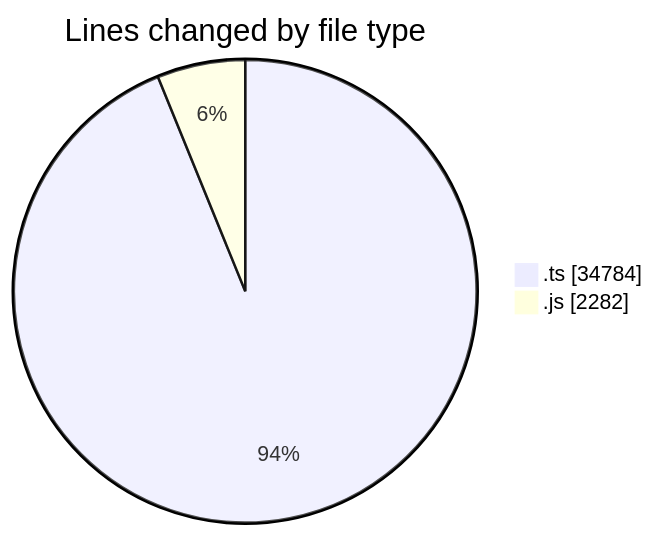
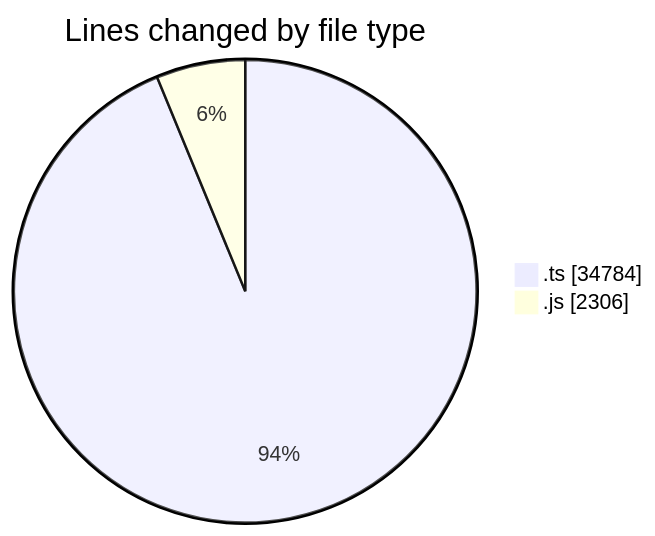
One commit to momahboobian/code-tracking changed the first of 2 diagrams in 2025-06-26/cda/README.md. Above: the diagram before and after it, drawn with Mermaid. The commit also changed other lines of this file and 1 other file, not shown here.

````diff
--- a/2025-06-26/cda/README.md
+++ b/2025-06-26/cda/README.md
@@ -36,6 +36,6 @@
 ```mermaid
 pie showData
 title Lines changed by file type
 ".ts" : 34784
-".js" : 2282
+".js" : 2306
 ```
````
